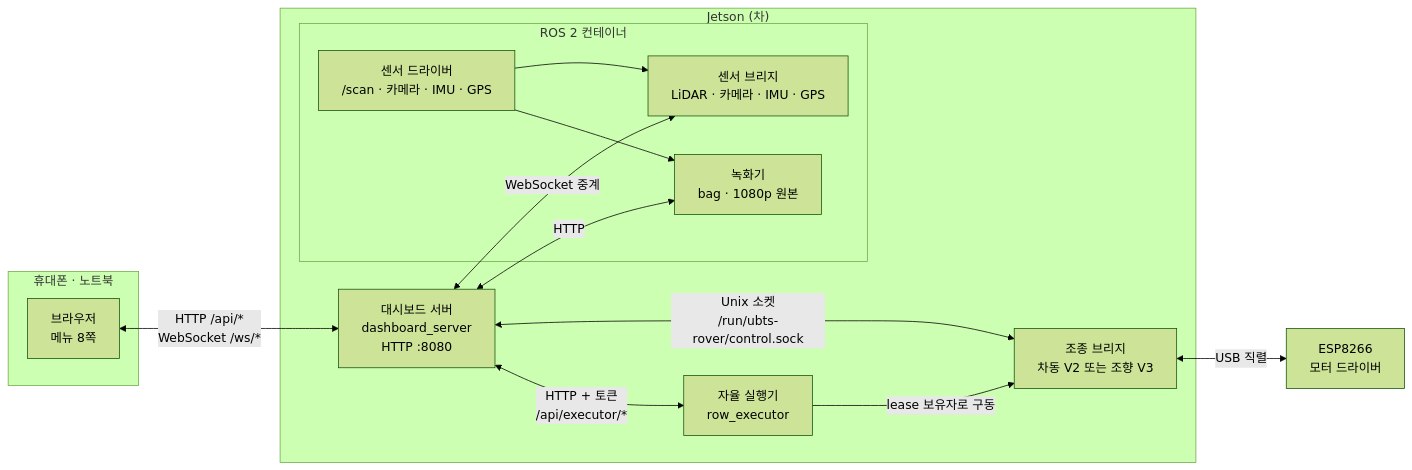
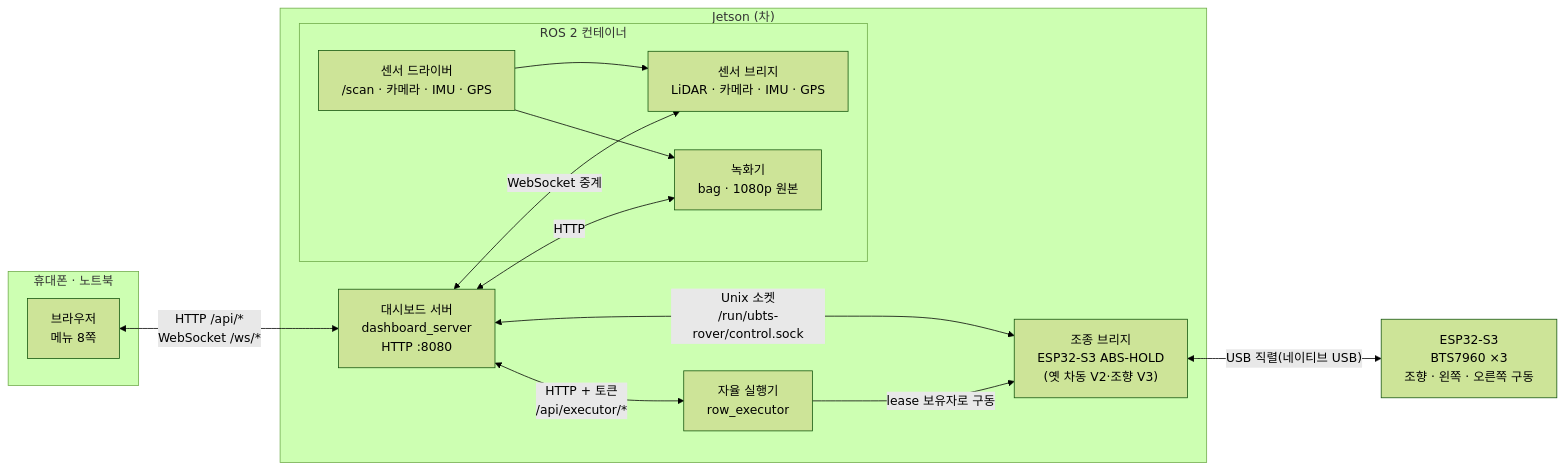
Before and after one commit to 2026-BTS-UNI-Car/unist_orachard_dashboard: the diagram in README.md, drawn with Mermaid (forest theme). The commit also changed other lines of this file and 11 other files, not shown here.

````diff
--- a/README.md
+++ b/README.md
@@ -96,26 +99,26 @@
 ```mermaid
 flowchart LR
   subgraph PHONE["휴대폰 · 노트북"]
     B["브라우저<br/>메뉴 8쪽"]
   end
   subgraph JET["Jetson (차)"]
     D["대시보드 서버<br/>dashboard_server<br/>HTTP :8080"]
     subgraph ROS["ROS 2 컨테이너"]
       DRV["센서 드라이버<br/>/scan · 카메라 · IMU · GPS"]
       SB["센서 브리지<br/>LiDAR · 카메라 · IMU · GPS"]
       REC["녹화기<br/>bag · 1080p 원본"]
     end
-    MB["조종 브리지<br/>차동 V2 또는 조향 V3"]
+    MB["조종 브리지<br/>ESP32-S3 ABS-HOLD<br/>(옛 차동 V2·조향 V3)"]
     EX["자율 실행기<br/>row_executor"]
   end
-  ESP["ESP8266<br/>모터 드라이버"]
+  ESP["ESP32-S3<br/>BTS7960 ×3<br/>조향 · 왼쪽 · 오른쪽 구동"]
   B <-->|"HTTP /api/*<br/>WebSocket /ws/*"| D
   D <-->|"WebSocket 중계"| SB
   DRV --> SB
   DRV --> REC
   D <-->|"HTTP"| REC
   D <-->|"Unix 소켓<br/>/run/ubts-rover/control.sock"| MB
   D <-->|"HTTP + 토큰<br/>/api/executor/*"| EX
   EX -->|"lease 보유자로 구동"| MB
-  MB <-->|"USB 직렬"| ESP
+  MB <-->|"USB 직렬(네이티브 USB)"| ESP
 ```
````
